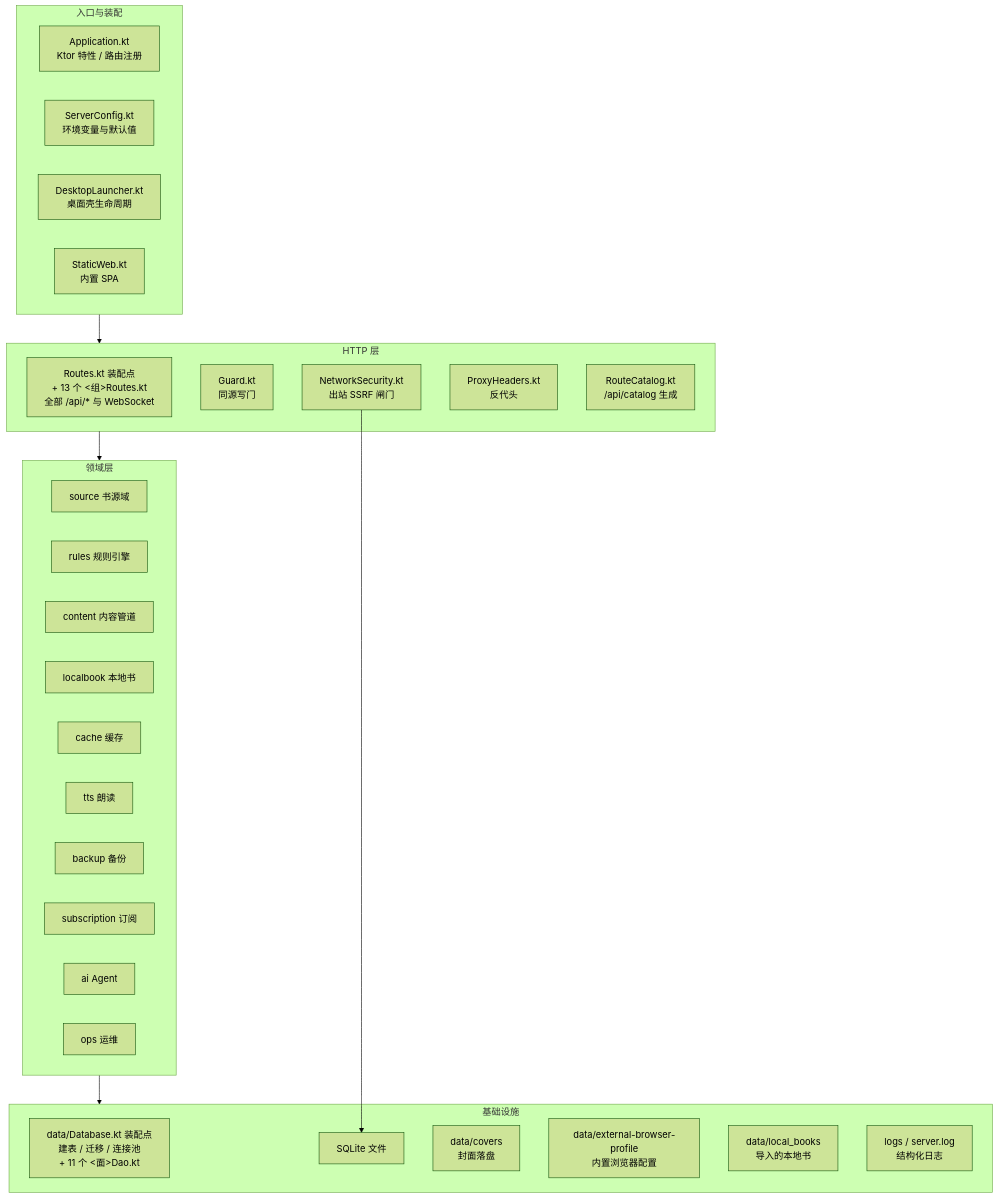
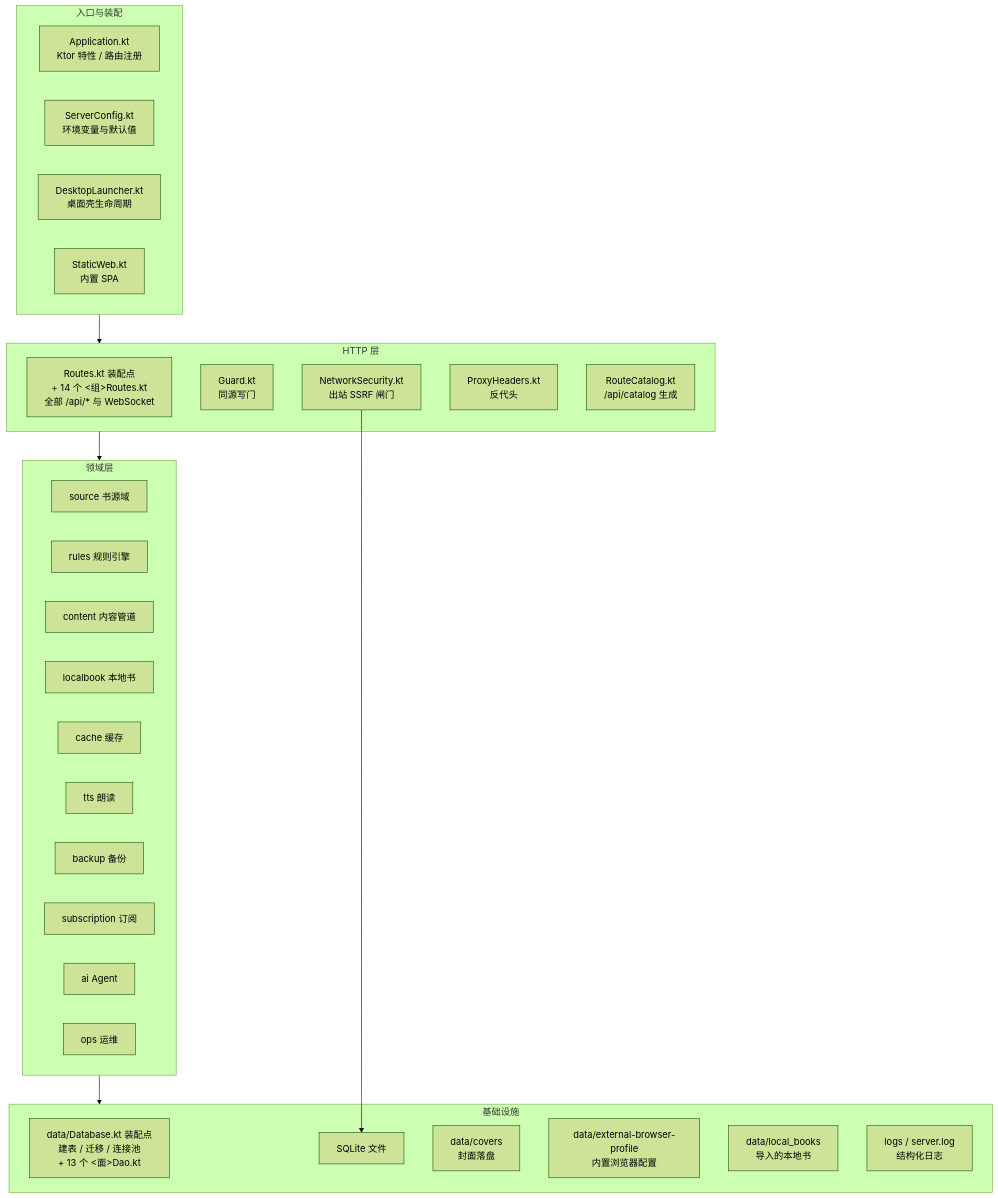
Before and after one commit to linqinqiu/legadoQ: the second of 6 diagrams in docs/ARCHITECTURE.md, drawn with Mermaid (forest theme). The commit also changed other lines of this file and 22 other files, not shown here.

````diff
--- a/docs/ARCHITECTURE.md
+++ b/docs/ARCHITECTURE.md
@@ -79,44 +79,44 @@
 ```mermaid
 flowchart TB
     subgraph L1["入口与装配"]
         A1["Application.kt<br/>Ktor 特性 / 路由注册"]
         A2["ServerConfig.kt<br/>环境变量与默认值"]
         A3["DesktopLauncher.kt<br/>桌面壳生命周期"]
         A4["StaticWeb.kt<br/>内置 SPA"]
     end
 
     subgraph L2["HTTP 层"]
-        B1["Routes.kt 装配点<br/>+ 13 个 <组>Routes.kt<br/>全部 /api/* 与 WebSocket"]
+        B1["Routes.kt 装配点<br/>+ 14 个 <组>Routes.kt<br/>全部 /api/* 与 WebSocket"]
         B2["Guard.kt<br/>同源写门"]
         B3["NetworkSecurity.kt<br/>出站 SSRF 闸门"]
         B4["ProxyHeaders.kt<br/>反代头"]
         B5["RouteCatalog.kt<br/>/api/catalog 生成"]
     end
 
     subgraph L3["领域层"]
         C1["source 书源域"]
         C2["rules 规则引擎"]
         C3["content 内容管道"]
         C4["localbook 本地书"]
         C5["cache 缓存"]
         C6["tts 朗读"]
         C7["backup 备份"]
         C8["subscription 订阅"]
         C9["ai Agent"]
         C10["ops 运维"]
     end
 
     subgraph L4["基础设施"]
-        D1["data/Database.kt 装配点<br/>建表 / 迁移 / 连接池<br/>+ 11 个 <面>Dao.kt"]
+        D1["data/Database.kt 装配点<br/>建表 / 迁移 / 连接池<br/>+ 13 个 <面>Dao.kt"]
         D2["SQLite 文件"]
         D3["data/covers<br/>封面落盘"]
         D4["data/external-browser-profile<br/>内置浏览器配置"]
         D5["data/local_books<br/>导入的本地书"]
         D6["logs / server.log<br/>结构化日志"]
     end
 
     L1 --> L2
     L2 --> L3
     L3 --> L4
     B3 --> D2
 ```
````
